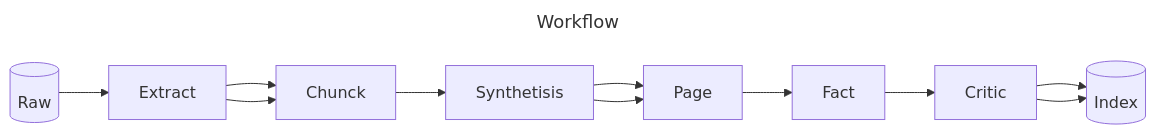
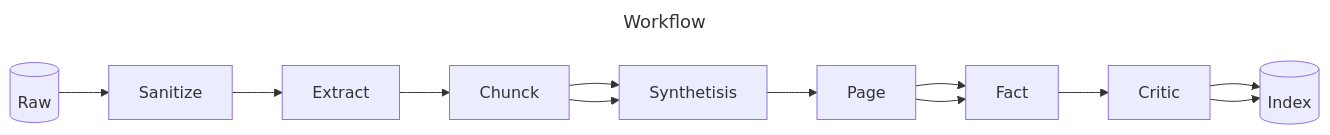
One commit to microsoft/synthetic-rag-index changed the first of 3 diagrams in README.md. Above: the diagram before and after it, drawn with Mermaid. The commit also changed other lines of this file and 2 other files, not shown here.

Commit message:
feat: Sanitize step for PDF

````diff
--- a/README.md
+++ b/README.md
@@ -21,25 +21,27 @@
 ```mermaid
 ---
 title: Workflow
 ---
 graph LR
   raw[("Raw")]
+  sanitize["Sanitize"]
   extract["Extract"]
   chunck["Chunck"]
   synthesis["Synthetisis"]
   page["Page"]
   fact["Fact"]
   critic["Critic"]
   index[("Index")]
 
-  raw --> extract
-  extract --> chunck
+  raw --> sanitize
+  sanitize --> extract
   extract --> chunck
   chunck --> synthesis
+  chunck --> synthesis
   synthesis --> page
-  synthesis --> page
+  page --> fact
   page --> fact
   fact --> critic
   critic --> index
   critic --> index
 ```
````
